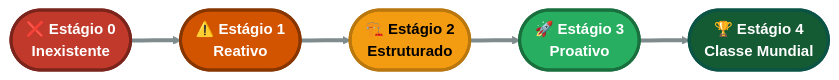
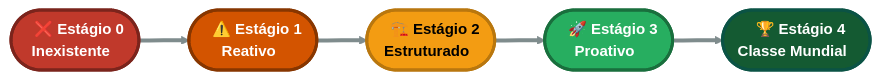
One commit to rafasfer2/MiningAnalyticsBook changed the seventh of 11 diagrams in chapters/cap2-modelos-gestao.qmd. Above: the diagram before and after it, drawn with Mermaid. The commit also changed other lines of this file and 2 other files, not shown here.

Commit message:
Cap2: atualizar MASP/PDCA e incluir exercicio de retrabalho

````diff
--- a/chapters/cap2-modelos-gestao.qmd
+++ b/chapters/cap2-modelos-gestao.qmd
@@ -737,30 +877,33 @@
 ```{mermaid}
+%%| label: fig-escala-maturidade
+%%| fig-cap: "Escala Semafórica de Maturidade"
+
 flowchart LR
 
     %% --- CONFIGURAÇÃO DE ESTILOS (Escala Semafórica de Maturidade) ---
     classDef st0 fill:#c0392b,stroke:#7b241c,stroke-width:3px,color:#ffffff,font-size:15px,font-weight:bold
     classDef st1 fill:#d35400,stroke:#873600,stroke-width:3px,color:#ffffff,font-size:15px,font-weight:bold
     classDef st2 fill:#f39c12,stroke:#b9770e,stroke-width:3px,color:#000000,font-size:15px,font-weight:bold
     classDef st3 fill:#27ae60,stroke:#196f3d,stroke-width:3px,color:#ffffff,font-size:15px,font-weight:bold
     classDef st4 fill:#145a32,stroke:#0b5345,stroke-width:3px,color:#ffffff,font-size:15px,font-weight:bold
 
-    %% --- ESTRUTURA DOS NÓS (Formato de "Pílula" para Marcos de Jornada) ---
-    A(["❌ Estágio 0\nInexistente"])
-    B(["⚠️ Estágio 1\nReativo"])
-    C(["🏗️ Estágio 2\nEstruturado"])
-    D(["🚀 Estágio 3\nProativo"])
-    E(["🏆 Estágio 4\nClasse Mundial"])
+    %% --- ESTRUTURA DOS NÓS (Uso de <br> e &nbsp; para evitar quebra errada) ---
+    A(["&nbsp;&nbsp;❌ Estágio 0<br>Inexistente&nbsp;&nbsp;"])
+    B(["&nbsp;&nbsp;⚠️ Estágio 1<br>Reativo&nbsp;&nbsp;"])
+    C(["&nbsp;&nbsp;🏗️ Estágio 2<br>Estruturado&nbsp;&nbsp;"])
+    D(["&nbsp;&nbsp;🚀 Estágio 3<br>Proativo&nbsp;&nbsp;"])
+    E(["&nbsp;&nbsp;🏆 Estágio 4<br>Classe Mundial&nbsp;&nbsp;"])
 
     %% --- CONEXÕES (Linha do Tempo Evolutiva) ---
     A ==> B ==> C ==> D ==> E
 
     %% Engrossando a linha direcional para dar peso à jornada
     linkStyle default stroke:#7f8c8d,stroke-width:4px
 
     %% --- APLICAÇÃO DOS ESTILOS ---
     class A st0;
     class B st1;
     class C st2;
     class D st3;
     class E st4;
 ```
````
